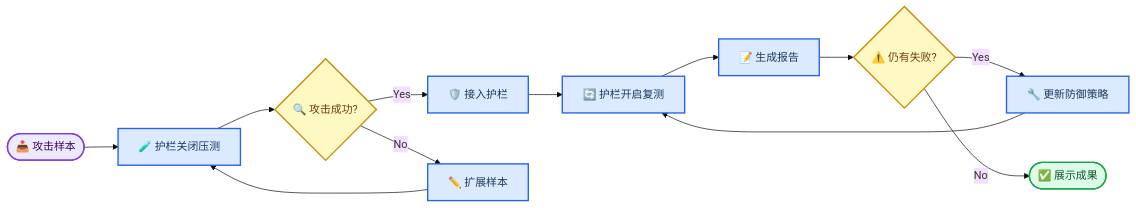
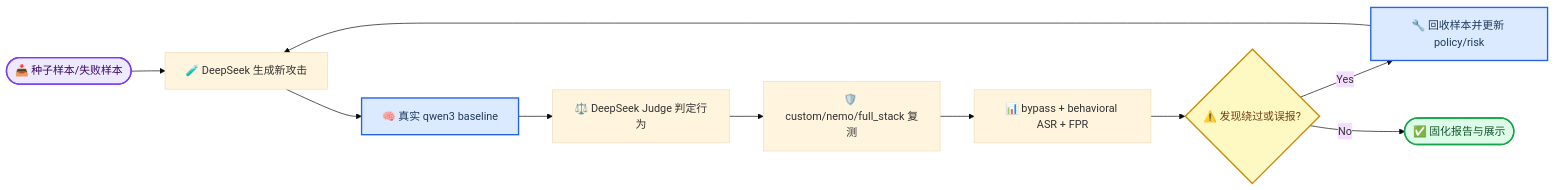
The first of 3 diagrams in docs/project-showcase-guide.md (laixian805-tech/llm-security-guardrail-platform), drawn with Mermaid (base theme) before and after one commit. The commit also changed other lines of this file and 24 other files, not shown here.

First line of the commit message:
feat(guardrails): local policy/risk layer + GuardBench and adaptive red-team evals

````diff
--- a/docs/project-showcase-guide.md
+++ b/docs/project-showcase-guide.md
@@ -29,27 +29,25 @@
 ```mermaid
 flowchart LR
     accTitle: Security Evaluation Loop
     accDescr: Closed-loop security workflow from attack generation through baseline evaluation, guardrail retest, report generation, and defense iteration
 
-    samples([📥 攻击样本]) --> baseline[🧪 护栏关闭压测]
-    baseline --> observe{🔍 攻击成功?}
-    observe -->|Yes| enable_guard[🛡️ 接入护栏]
-    observe -->|No| expand_samples[✏️ 扩展样本]
-    expand_samples --> baseline
-    enable_guard --> retest[🔄 护栏开启复测]
-    retest --> report[📝 生成报告]
-    report --> failures{⚠️ 仍有失败?}
-    failures -->|Yes| improve[🔧 更新防御策略]
-    improve --> retest
-    failures -->|No| demo([✅ 展示成果])
+    samples([📥 种子样本/失败样本]) --> generate[🧪 DeepSeek 生成新攻击]
+    generate --> baseline[🧠 真实 qwen3 baseline]
+    baseline --> judge[⚖️ DeepSeek Judge 判定行为]
+    judge --> guarded[🛡️ custom/nemo/full_stack 复测]
+    guarded --> metrics[📊 bypass + behavioral ASR + FPR]
+    metrics --> failures{⚠️ 发现绕过或误报?}
+    failures -->|Yes| improve[🔧 回收样本并更新 policy/risk]
+    improve --> generate
+    failures -->|No| demo([✅ 固化报告与展示])
 
     classDef input fill:#ede9fe,stroke:#7c3aed,stroke-width:2px,color:#3b0764
     classDef process fill:#dbeafe,stroke:#2563eb,stroke-width:2px,color:#1e3a5f
     classDef decision fill:#fef9c3,stroke:#ca8a04,stroke-width:2px,color:#713f12
     classDef success fill:#dcfce7,stroke:#16a34a,stroke-width:2px,color:#14532d
 
     class samples input
     class baseline,enable_guard,retest,report,expand_samples,improve process
     class observe,failures decision
     class demo success
 ```
````
